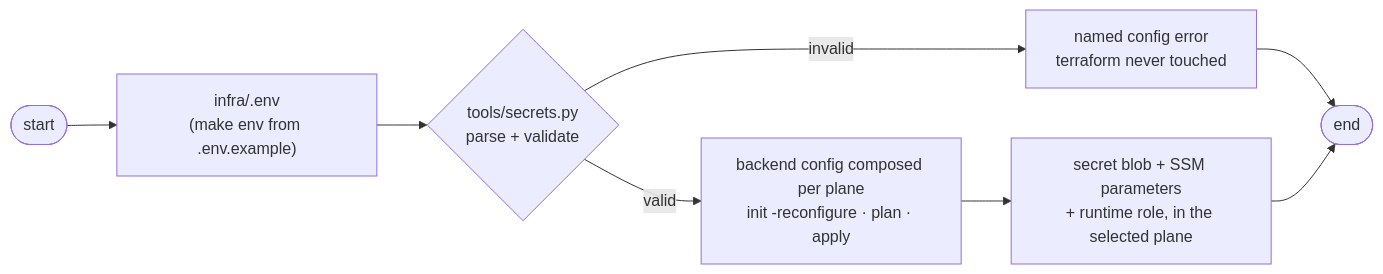
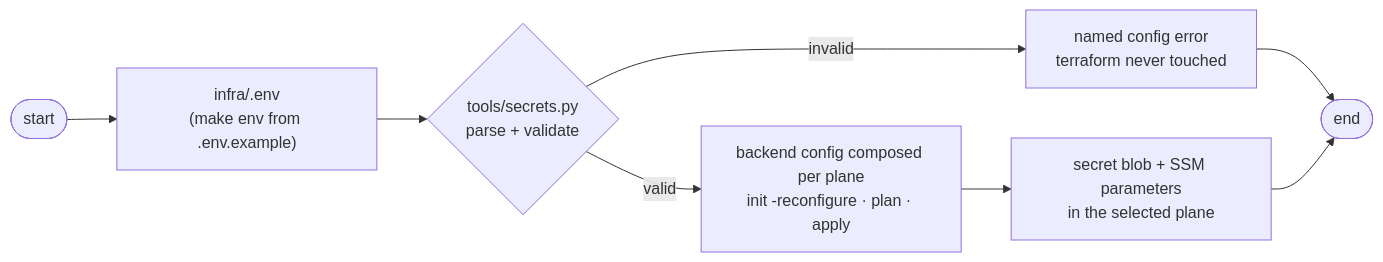
The third of 3 diagrams in services/document-parser/docs/guides/infrastructure.md (kunalPisolkar24/detectAI), drawn with Mermaid before and after one commit. The commit also changed other lines of this file and 17 other files, not shown here.

````diff
--- a/services/document-parser/docs/guides/infrastructure.md
+++ b/services/document-parser/docs/guides/infrastructure.md
@@ -65,9 +63,9 @@
 ```mermaid
 graph LR
     START(["start"]) --> ENV["infra/.env<br/>(make env from .env.example)"]
     ENV --> VAL{"tools/secrets.py<br/>parse + validate"}
     VAL -->|"invalid"| FAIL["named config error<br/>terraform never touched"] --> END(["end"])
     VAL -->|"valid"| TF["backend config composed per plane<br/>init -reconfigure · plan · apply"]
-    TF --> LIVE["secret blob + SSM parameters<br/>+ runtime role, in the selected plane"]
+    TF --> LIVE["secret blob + SSM parameters<br/>in the selected plane"]
     LIVE --> END
 ```
````
